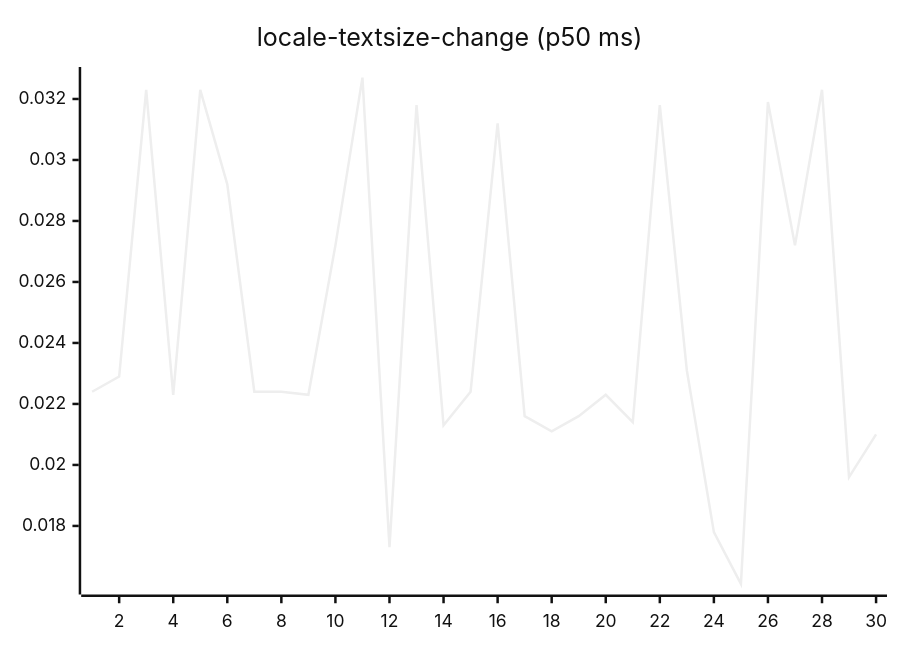
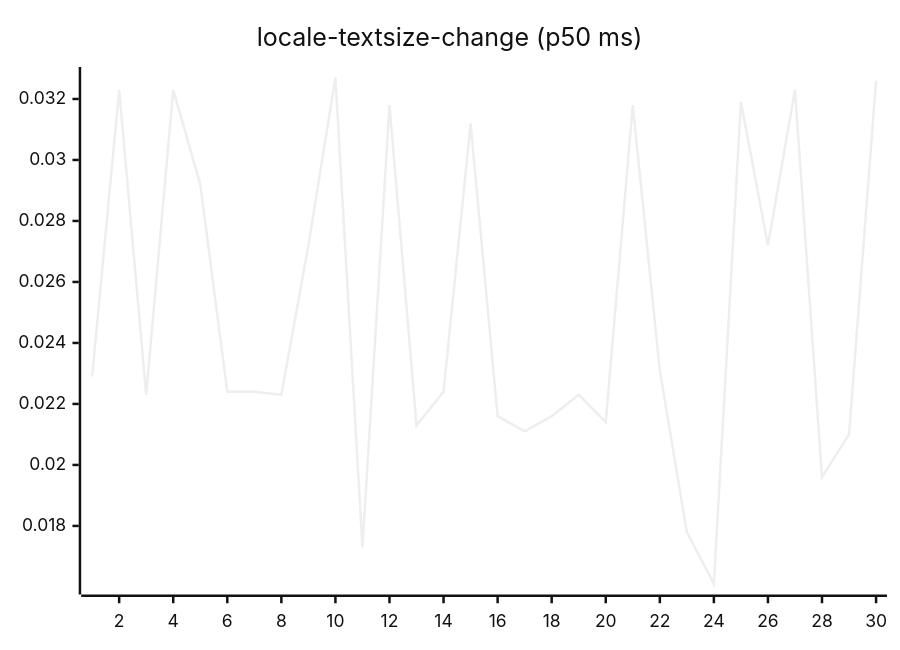
Before and after one commit to josha/Facet: diagram 13 of 27 in README.md, drawn with Mermaid (neutral theme). The commit also changed other lines of this file and 2 other files, not shown here.

````diff
--- a/README.md
+++ b/README.md
@@ -147,6 +147,6 @@
 ```mermaid
 xychart-beta
     title "locale-textsize-change (p50 ms)"
     x-axis 1 --> 30
-    line [0.0224, 0.0229, 0.0323, 0.0223, 0.0323, 0.0292, 0.0224, 0.0224, 0.0223, 0.0272, 0.0327, 0.0173, 0.0318, 0.0213, 0.0224, 0.0312, 0.0216, 0.0211, 0.0216, 0.0223, 0.0214, 0.0318, 0.0231, 0.0178, 0.0161, 0.0319, 0.0272, 0.0323, 0.0196, 0.0210]
+    line [0.0229, 0.0323, 0.0223, 0.0323, 0.0292, 0.0224, 0.0224, 0.0223, 0.0272, 0.0327, 0.0173, 0.0318, 0.0213, 0.0224, 0.0312, 0.0216, 0.0211, 0.0216, 0.0223, 0.0214, 0.0318, 0.0231, 0.0178, 0.0161, 0.0319, 0.0272, 0.0323, 0.0196, 0.0210, 0.0326]
 ```
````
